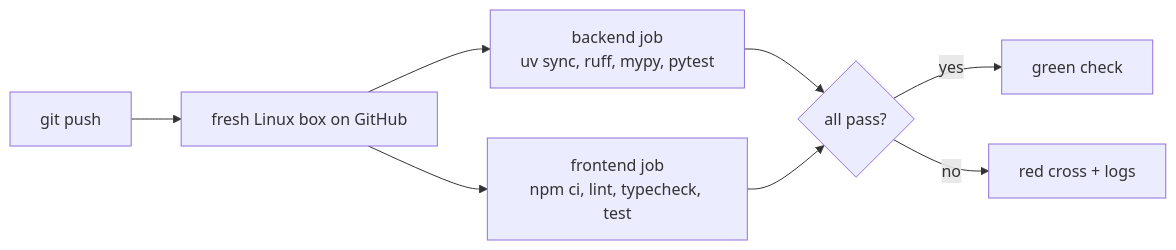
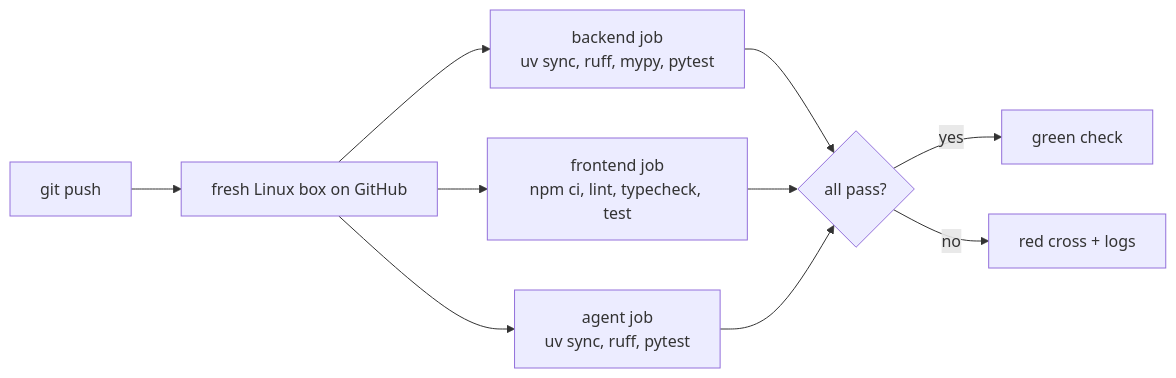
One commit to yashzord/Docs_Copilot changed the fourth of 21 diagrams in docs/course.md. Above: the diagram before and after it, drawn with Mermaid. The commit also changed other lines of this file and 4 other files, not shown here.

Commit message:
feat: container build for the Runtime agent (browser driver needs it); CI job for agent tests; course consistency pass and OAuth from zero

````diff
--- a/docs/course.md
+++ b/docs/course.md
@@ -336,10 +337,12 @@
 ```mermaid
 flowchart LR
     G[git push] --> B[fresh Linux box on GitHub]
     B --> J1[backend job<br/>uv sync, ruff, mypy, pytest]
     B --> J2[frontend job<br/>npm ci, lint, typecheck, test]
+    B --> J3[agent job<br/>uv sync, ruff, pytest]
     J1 --> OK{all pass?}
     J2 --> OK
+    J3 --> OK
     OK -->|yes| Y[green check]
     OK -->|no| N[red cross + logs]
 ```
````
